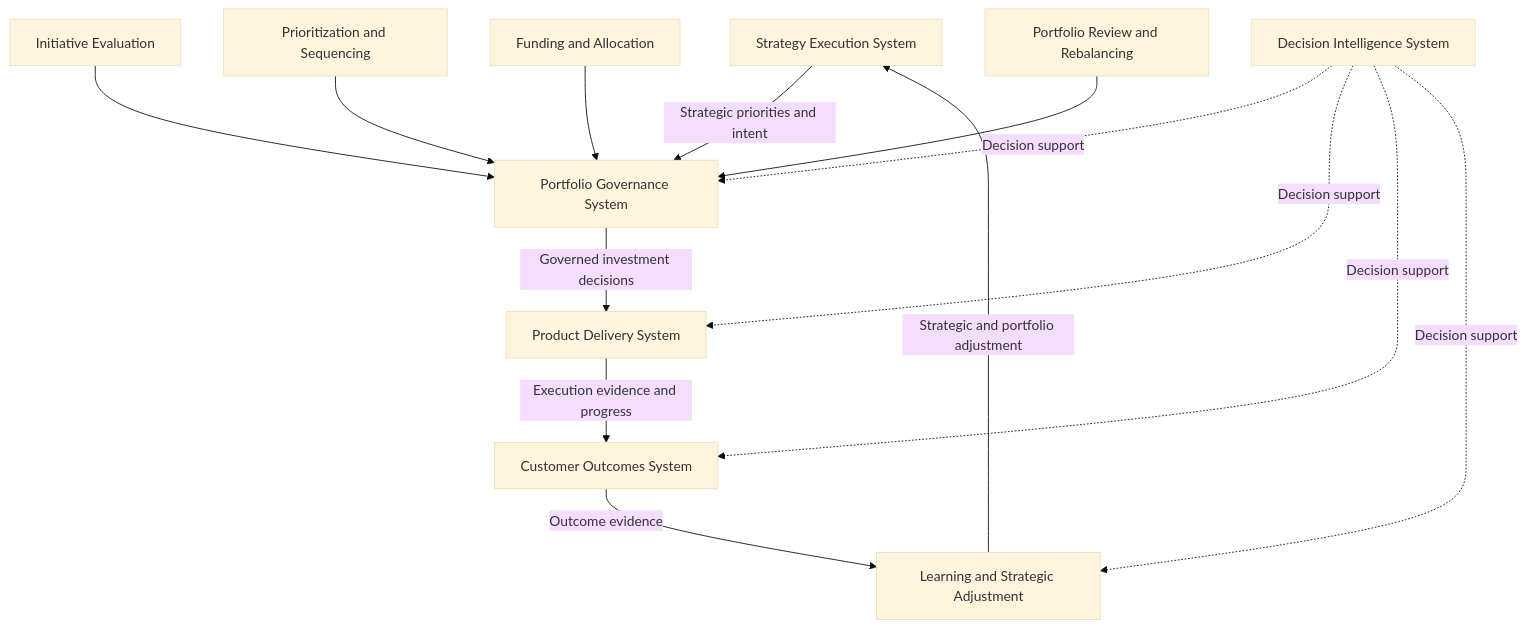
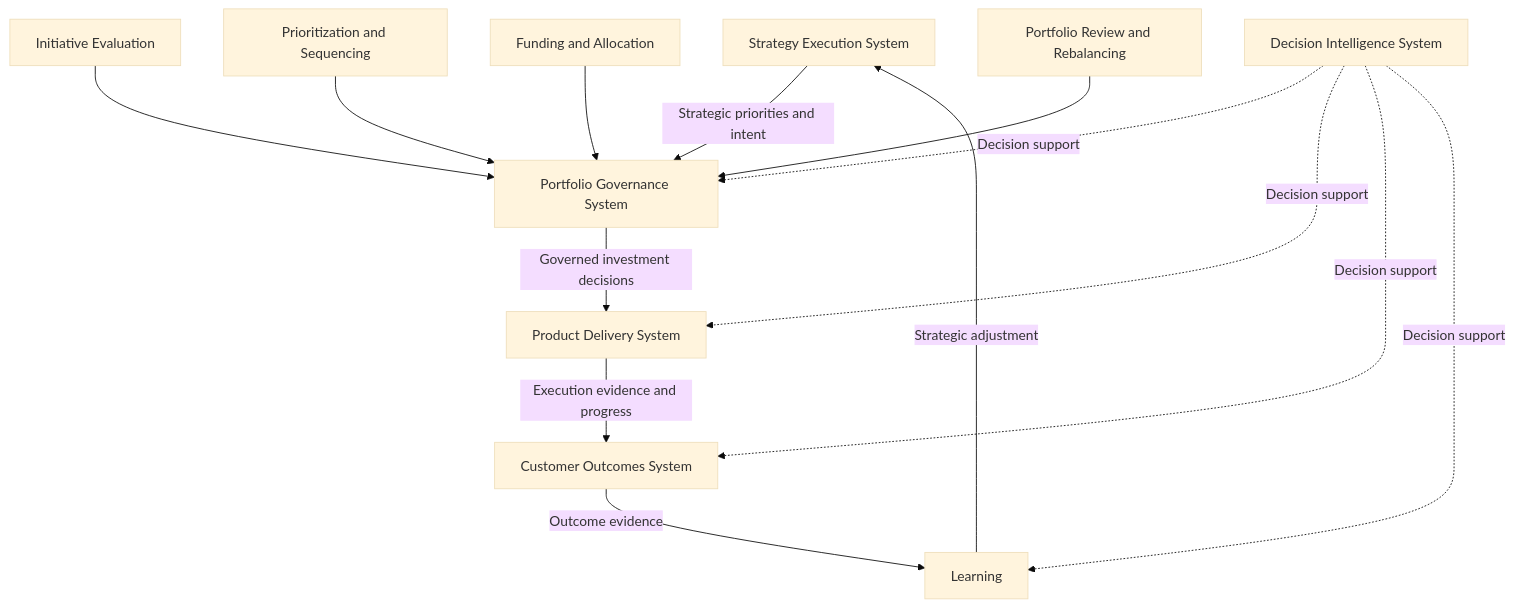
One commit to ChuckFerrando/portfolio-governance-system changed the first of 2 diagrams in architecture/PORTFOLIO_GOVERNANCE_SYSTEM.md. Above: the diagram before and after it, drawn with Mermaid (base theme). The commit also changed other lines of this file, not shown here.

````diff
--- a/architecture/PORTFOLIO_GOVERNANCE_SYSTEM.md
+++ b/architecture/PORTFOLIO_GOVERNANCE_SYSTEM.md
@@ -39,31 +39,31 @@
 ```mermaid
 flowchart TB
 
     A[Strategy Execution System]
     B[Portfolio Governance System]
     C[Product Delivery System]
     D[Customer Outcomes System]
-    J[Learning and Strategic Adjustment]
+    L[Learning]
 
     A -->|Strategic priorities and intent| B
     B -->|Governed investment decisions| C
     C -->|Execution evidence and progress| D
-    D -->|Outcome evidence| J
-    J -->|Strategic and portfolio adjustment| A
+    D -->|Outcome evidence| L
+    L -->|Strategic adjustment| A
 
     E[Decision Intelligence System]
     E -.Decision support.-> B
     E -.Decision support.-> C
     E -.Decision support.-> D
-    E -.Decision support.-> J
+    E -.Decision support.-> L
 
     F[Initiative Evaluation]
     G[Prioritization and Sequencing]
     H[Funding and Allocation]
     I[Portfolio Review and Rebalancing]
 
     F --> B
     G --> B
     H --> B
     I --> B
 ```
````
